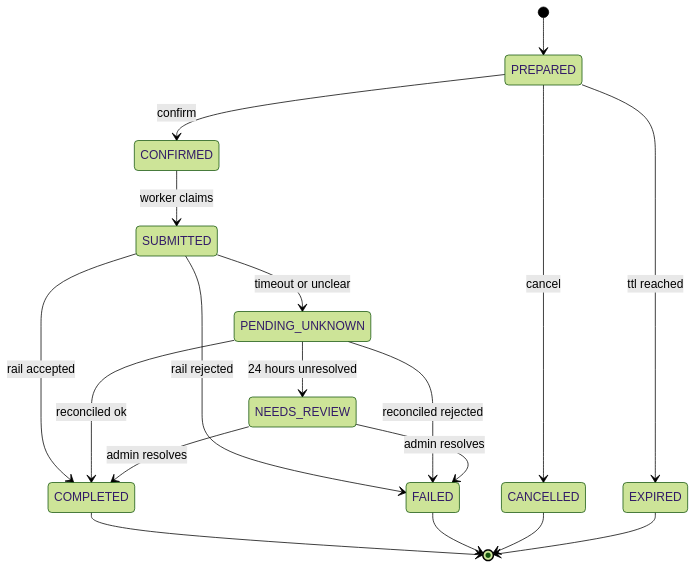
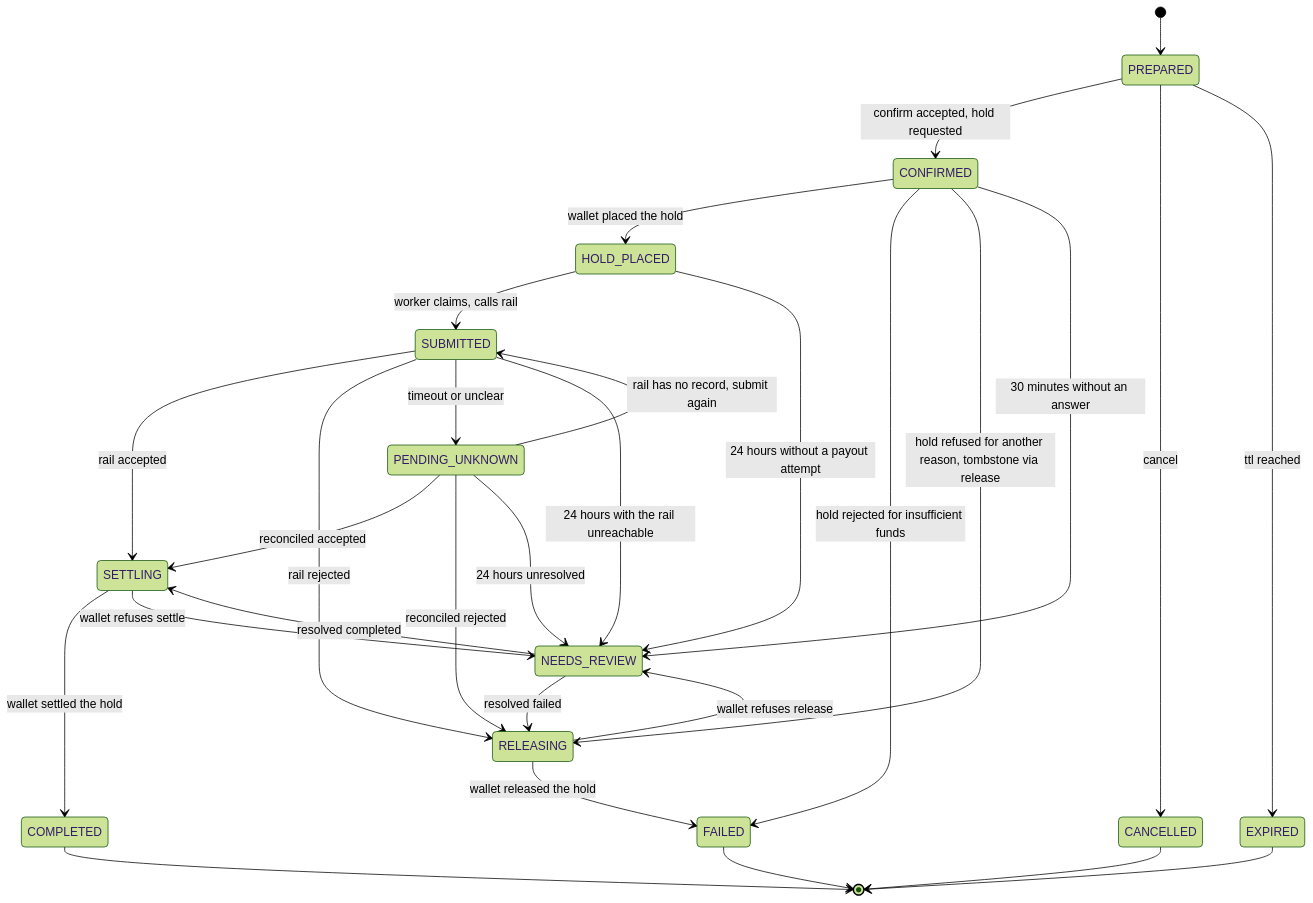
The third of 4 diagrams in specs/ARCHITECTURE.md (Bhavish77/sashayak), drawn with Mermaid (forest theme) before and after one commit. The commit also changed other lines of this file and 34 other files, not shown here.

````diff
--- a/specs/ARCHITECTURE.md
+++ b/specs/ARCHITECTURE.md
@@ -125,20 +174,31 @@
 ```mermaid
 stateDiagram-v2
   [*] --> PREPARED
-  PREPARED --> CONFIRMED: confirm
+  PREPARED --> CONFIRMED: confirm accepted, hold requested
   PREPARED --> CANCELLED: cancel
   PREPARED --> EXPIRED: ttl reached
-  CONFIRMED --> SUBMITTED: worker claims
-  SUBMITTED --> COMPLETED: rail accepted
-  SUBMITTED --> FAILED: rail rejected
+  CONFIRMED --> HOLD_PLACED: wallet placed the hold
+  CONFIRMED --> FAILED: hold rejected for insufficient funds
+  CONFIRMED --> RELEASING: hold refused for another reason, tombstone via release
+  CONFIRMED --> NEEDS_REVIEW: 30 minutes without an answer
+  HOLD_PLACED --> SUBMITTED: worker claims, calls rail
+  HOLD_PLACED --> NEEDS_REVIEW: 24 hours without a payout attempt
+  SUBMITTED --> SETTLING: rail accepted
+  SUBMITTED --> RELEASING: rail rejected
   SUBMITTED --> PENDING_UNKNOWN: timeout or unclear
-  PENDING_UNKNOWN --> COMPLETED: reconciled ok
-  PENDING_UNKNOWN --> FAILED: reconciled rejected
+  SUBMITTED --> NEEDS_REVIEW: 24 hours with the rail unreachable
+  PENDING_UNKNOWN --> SETTLING: reconciled accepted
+  PENDING_UNKNOWN --> RELEASING: reconciled rejected
+  PENDING_UNKNOWN --> SUBMITTED: rail has no record, submit again
   PENDING_UNKNOWN --> NEEDS_REVIEW: 24 hours unresolved
-  NEEDS_REVIEW --> COMPLETED: admin resolves
-  NEEDS_REVIEW --> FAILED: admin resolves
+  NEEDS_REVIEW --> SETTLING: resolved completed
+  NEEDS_REVIEW --> RELEASING: resolved failed
+  SETTLING --> COMPLETED: wallet settled the hold
+  SETTLING --> NEEDS_REVIEW: wallet refuses settle
+  RELEASING --> FAILED: wallet released the hold
+  RELEASING --> NEEDS_REVIEW: wallet refuses release
   COMPLETED --> [*]
   FAILED --> [*]
   CANCELLED --> [*]
   EXPIRED --> [*]
 ```
````
